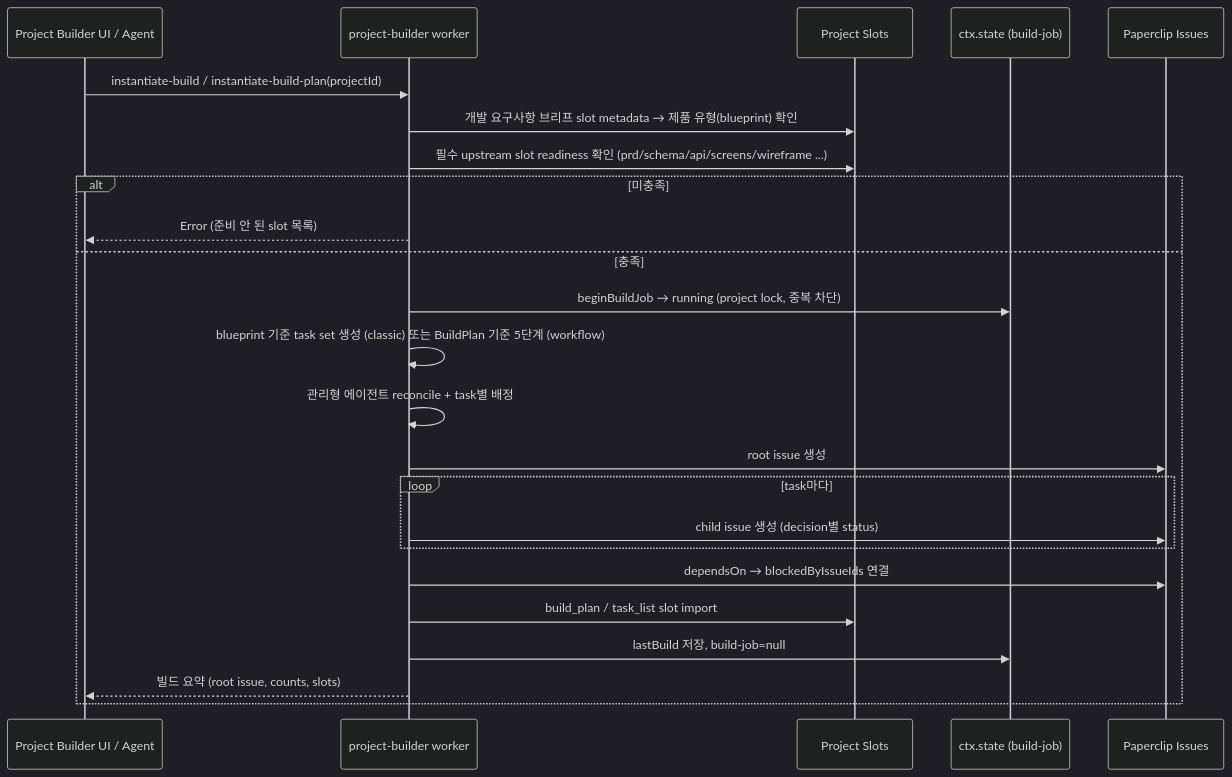
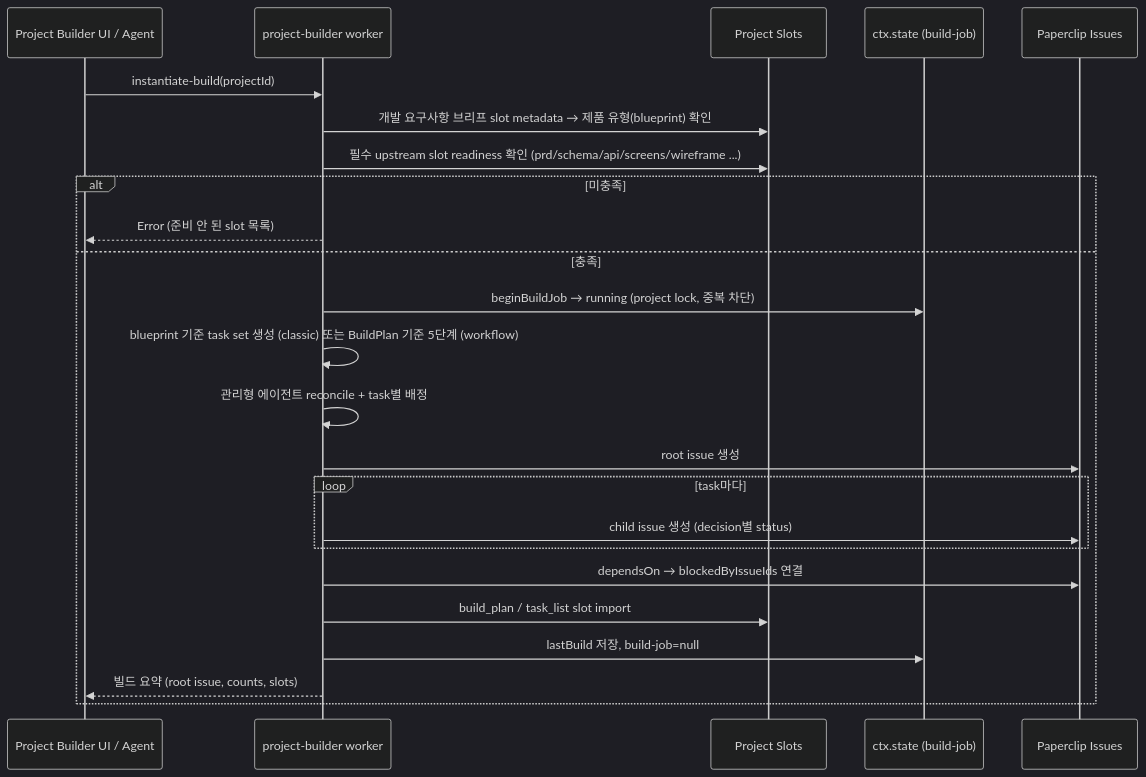
Before and after one commit to BBrightcode-atlas/company-os-v2: the eighth of 8 diagrams in bbr-plugins/builder/README.md, drawn with Mermaid (dark theme). The commit also changed other lines of this file and 5 other files, not shown here.

First line of the commit message:
chore(builder): remove legacy instantiate-build-plan action/tool

````diff
--- a/bbr-plugins/builder/README.md
+++ b/bbr-plugins/builder/README.md
@@ -282,27 +282,27 @@
 ```mermaid
 sequenceDiagram
   participant UI as Project Builder UI / Agent
   participant W as project-builder worker
   participant SL as Project Slots
   participant ST as ctx.state (build-job)
   participant IS as Paperclip Issues
 
-  UI->>W: instantiate-build / instantiate-build-plan(projectId)
+  UI->>W: instantiate-build(projectId)
   W->>SL: 개발 요구사항 브리프 slot metadata → 제품 유형(blueprint) 확인
   W->>SL: 필수 upstream slot readiness 확인 (prd/schema/api/screens/wireframe ...)
   alt 미충족
     W-->>UI: Error (준비 안 된 slot 목록)
   else 충족
     W->>ST: beginBuildJob → running (project lock, 중복 차단)
     W->>W: blueprint 기준 task set 생성 (classic) 또는 BuildPlan 기준 5단계 (workflow)
     W->>W: 관리형 에이전트 reconcile + task별 배정
     W->>IS: root issue 생성
     loop task마다
       W->>IS: child issue 생성 (decision별 status)
     end
     W->>IS: dependsOn → blockedByIssueIds 연결
     W->>SL: build_plan / task_list slot import
     W->>ST: lastBuild 저장, build-job=null
     W-->>UI: 빌드 요약 (root issue, counts, slots)
   end
 ```
````
